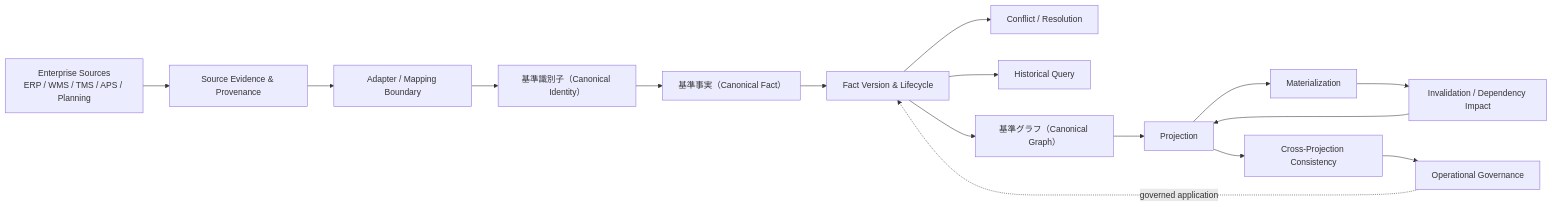
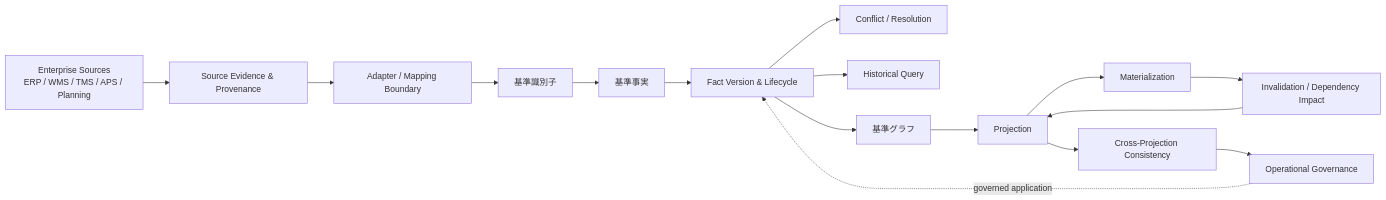
The first of 6 diagrams in README.ja.md (miumigy/scm-ontology), drawn with Mermaid before and after one commit. The commit also changed other lines of this file and 1 other file, not shown here.

Commit message:
docs: refine Japanese canonical terminology

````diff
--- a/README.ja.md
+++ b/README.ja.md
@@ -77,18 +77,18 @@
 ```mermaid
 flowchart LR
     A[Enterprise Sources\nERP / WMS / TMS / APS / Planning] --> B[Source Evidence & Provenance]
     B --> C[Adapter / Mapping Boundary]
-    C --> D[基準識別子（Canonical Identity）]
-    D --> E[基準事実（Canonical Fact）]
+    C --> D[基準識別子]
+    D --> E[基準事実]
     E --> F[Fact Version & Lifecycle]
     F --> G[Conflict / Resolution]
     F --> H[Historical Query]
-    F --> I[基準グラフ（Canonical Graph）]
+    F --> I[基準グラフ]
     I --> J[Projection]
     J --> K[Materialization]
     K --> L[Invalidation / Dependency Impact]
     L --> J
     J --> M[Cross-Projection Consistency]
     M --> N[Operational Governance]
     N -. governed application .-> F
 ```
````
